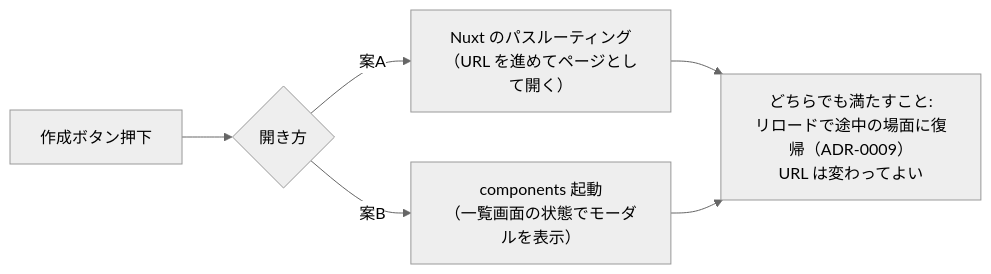
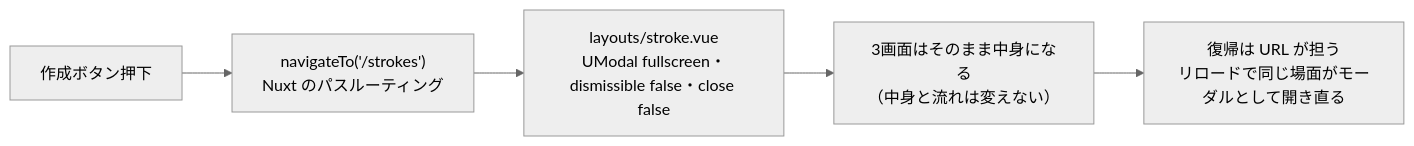
Before and after one commit to grrowapp/stroke: the second of 4 diagrams in docs/specs/plan/portal-stroke-entrance.md, drawn with Mermaid (neutral theme). The commit also changed other lines of this file and 93 other files, not shown here.

````diff
--- a/docs/specs/plan/portal-stroke-entrance.md
+++ b/docs/specs/plan/portal-stroke-entrance.md
@@ -43,7 +43,7 @@
 ```mermaid
 flowchart LR
-  btn["作成ボタン押下"] --> q{"開き方"}
-  q -- "案A" --> route["Nuxt のパスルーティング<br>（URL を進めてページとして開く）"]
-  q -- "案B" --> comp["components 起動<br>（一覧画面の状態でモーダルを表示）"]
-  route & comp --> must["どちらでも満たすこと:<br>リロードで途中の場面に復帰（ADR-0009）<br>URL は変わってよい"]
+  btn["作成ボタン押下"] --> route["navigateTo('/strokes')<br>Nuxt のパスルーティング"]
+  route --> layout["layouts/stroke.vue<br>UModal fullscreen・dismissible false・close false"]
+  layout --> pages["3画面はそのまま中身になる<br>（中身と流れは変えない）"]
+  pages --> url["復帰は URL が担う<br>リロードで同じ場面がモーダルとして開き直る"]
 ```
````
